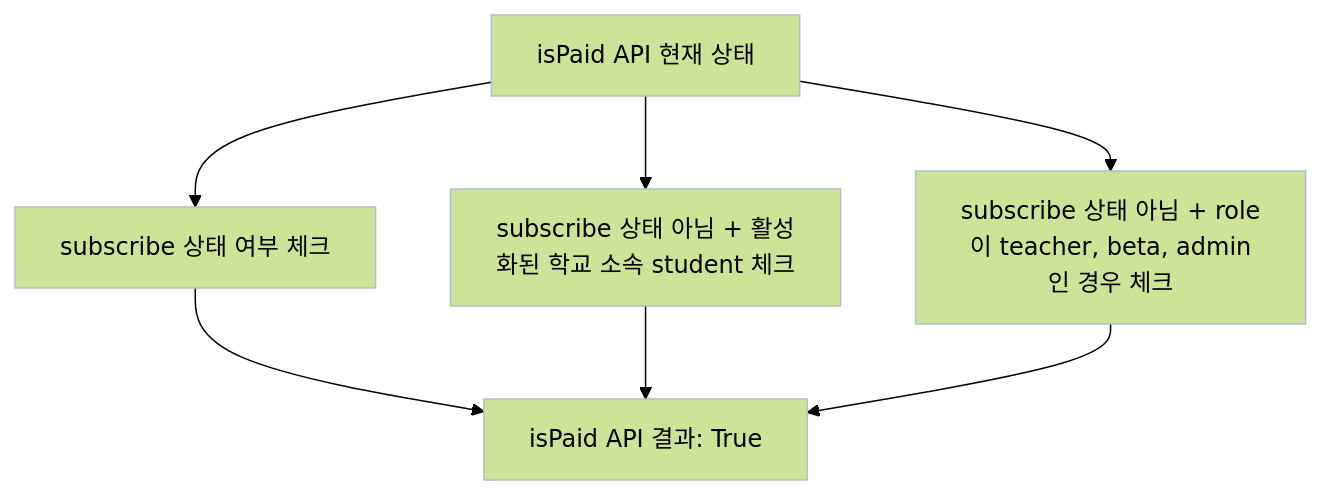
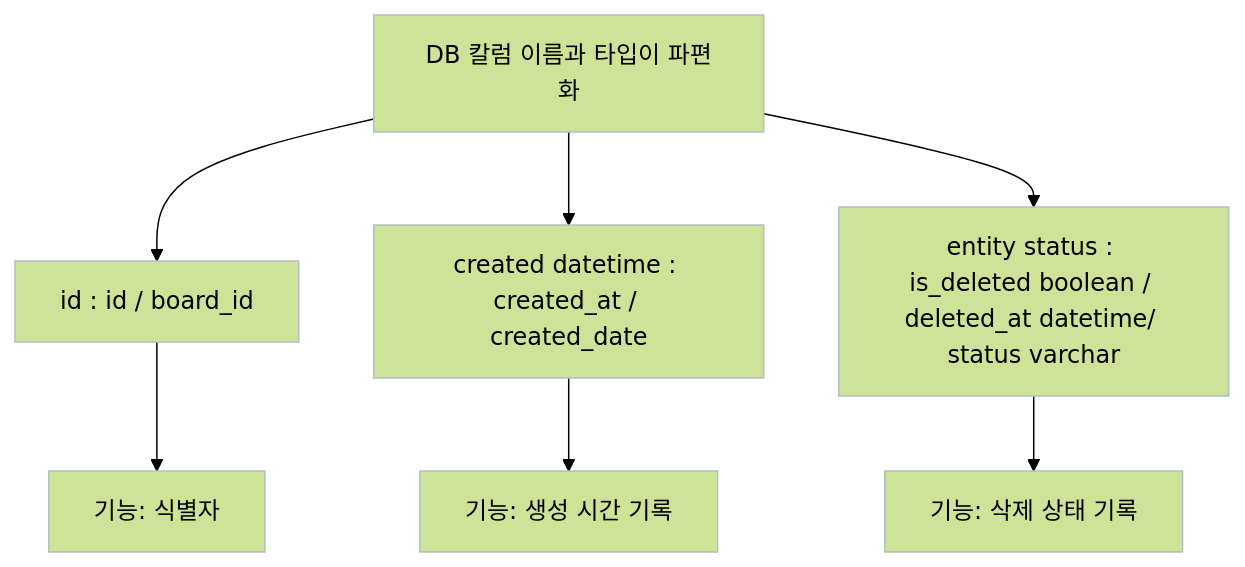
One commit to shp7408/career-architecture changed the diagram in asis/ARCHITECTURE-shp7408-02.md. Above: the diagram before and after it, drawn with Mermaid (forest theme). The commit also changed other lines of this file and 2 other files, not shown here.

````diff
--- a/asis/ARCHITECTURE-shp7408-02.md
+++ b/asis/ARCHITECTURE-shp7408-02.md
@@ -36,14 +26,15 @@
 ```mermaid
 flowchart TD
-    A[isPaid API 현재 상태] --> B[subscribe 상태 여부 체크]
-    A --> C[subscribe 상태 아님 + 활성화된 학교 소속 student 체크]
-    A --> D[subscribe 상태 아님 + role이 teacher, beta, admin인 경우 체크]
-    B --> E[True 리턴]
-    C --> E
-    D --> E
-    E[isPaid API 결과: True]
+    A[DB 칼럼 이름과 타입이 파편화] --> B[id : id / board_id]
+    A --> C[created datetime : created_at / created_date]
+    A --> D[entity status : is_deleted boolean / deleted_at datetime/ status varchar]
+
+    B --> E[기능: 식별자]
+    C --> F[기능: 생성 시간 기록]
+    D --> G[기능: 삭제 상태 기록]
+
 
     classDef default fill:#,stroke:#b2bec3,stroke-width:1px;
-    class A,B,C,D,E default;
+    class A,B,C,D,E,F,G default;
 
 ```
````
